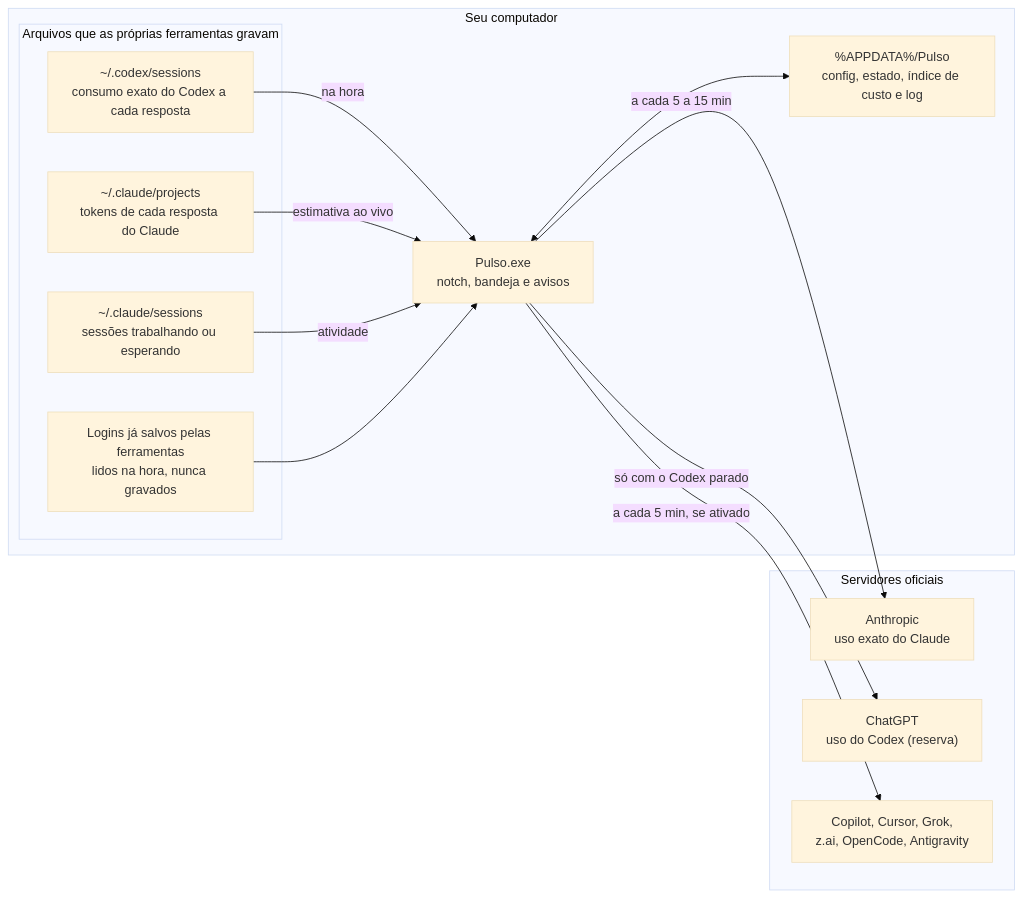
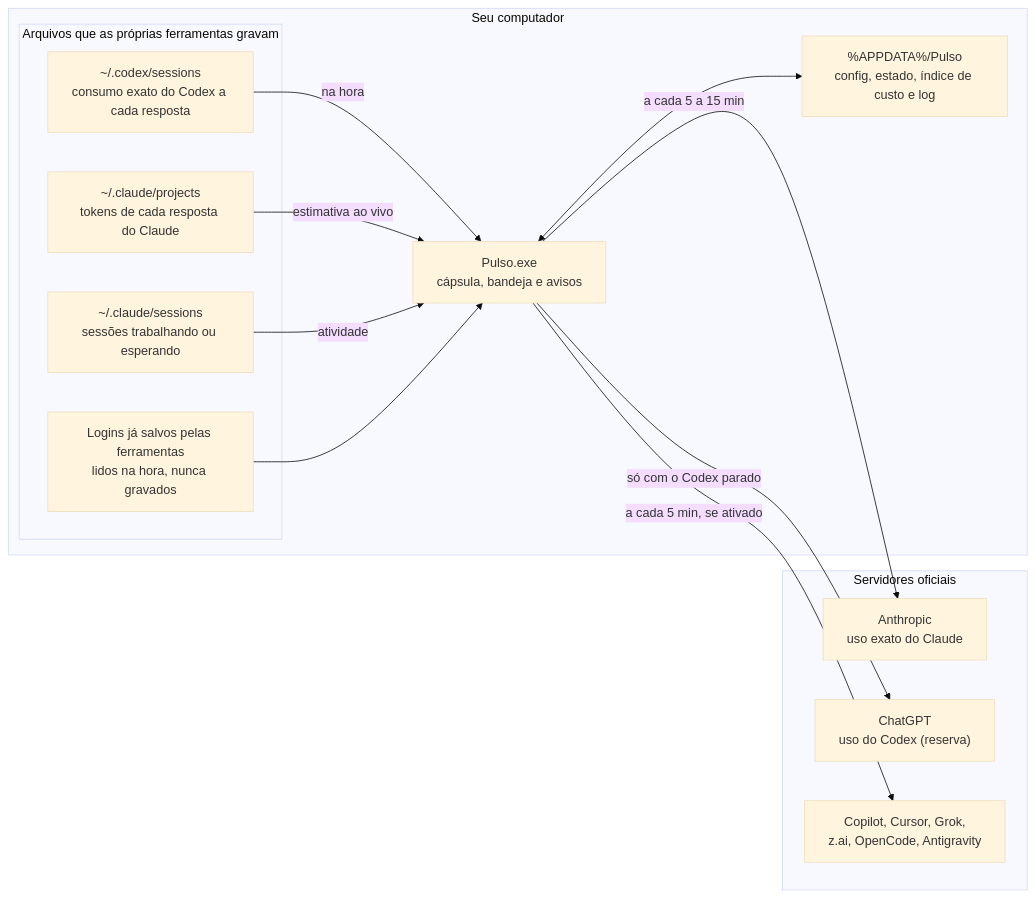
The diagram in README.md (LucasDias777/Pulso), drawn with Mermaid (base theme) before and after one commit. The commit also changed other lines of this file and 12 other files, not shown here.

````diff
--- a/README.md
+++ b/README.md
@@ -112,28 +112,28 @@
 ```mermaid
 flowchart LR
     subgraph PC["Seu computador"]
         subgraph Locais["Arquivos que as próprias ferramentas gravam"]
             Rollout["~/.codex/sessions<br/>consumo exato do Codex a cada resposta"]
             Transcritos["~/.claude/projects<br/>tokens de cada resposta do Claude"]
             Sessoes["~/.claude/sessions<br/>sessões trabalhando ou esperando"]
             Credenciais["Logins já salvos pelas ferramentas<br/>lidos na hora, nunca gravados"]
         end
-        Pulso["Pulso.exe<br/>notch, bandeja e avisos"]
+        Pulso["Pulso.exe<br/>cápsula, bandeja e avisos"]
         Dados["%APPDATA%/Pulso<br/>config, estado, índice de custo e log"]
     end
 
     subgraph Servidores["Servidores oficiais"]
         Anthropic["Anthropic<br/>uso exato do Claude"]
         OpenAI["ChatGPT<br/>uso do Codex (reserva)"]
         Outros["Copilot, Cursor, Grok,<br/>z.ai, OpenCode, Antigravity"]
     end
 
     Rollout -->|na hora| Pulso
     Transcritos -->|estimativa ao vivo| Pulso
     Sessoes -->|atividade| Pulso
     Credenciais --> Pulso
     Pulso -->|a cada 5 a 15 min| Anthropic
     Pulso -->|só com o Codex parado| OpenAI
     Pulso -->|a cada 5 min, se ativado| Outros
     Pulso <--> Dados
 ```
````
